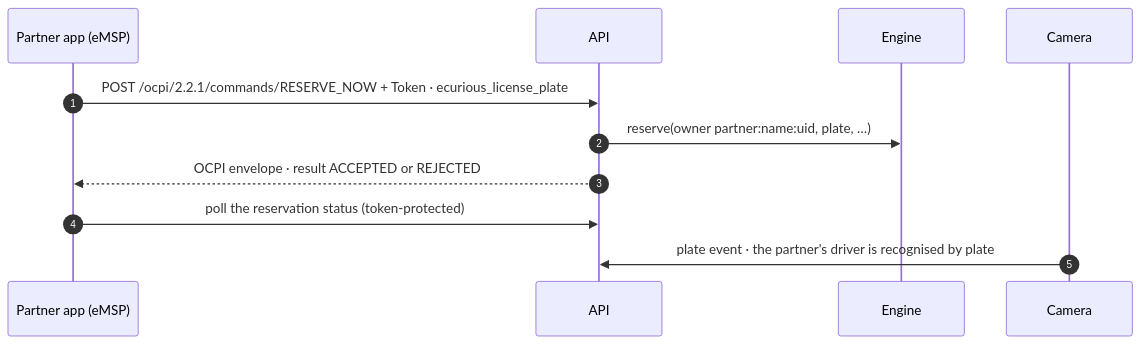
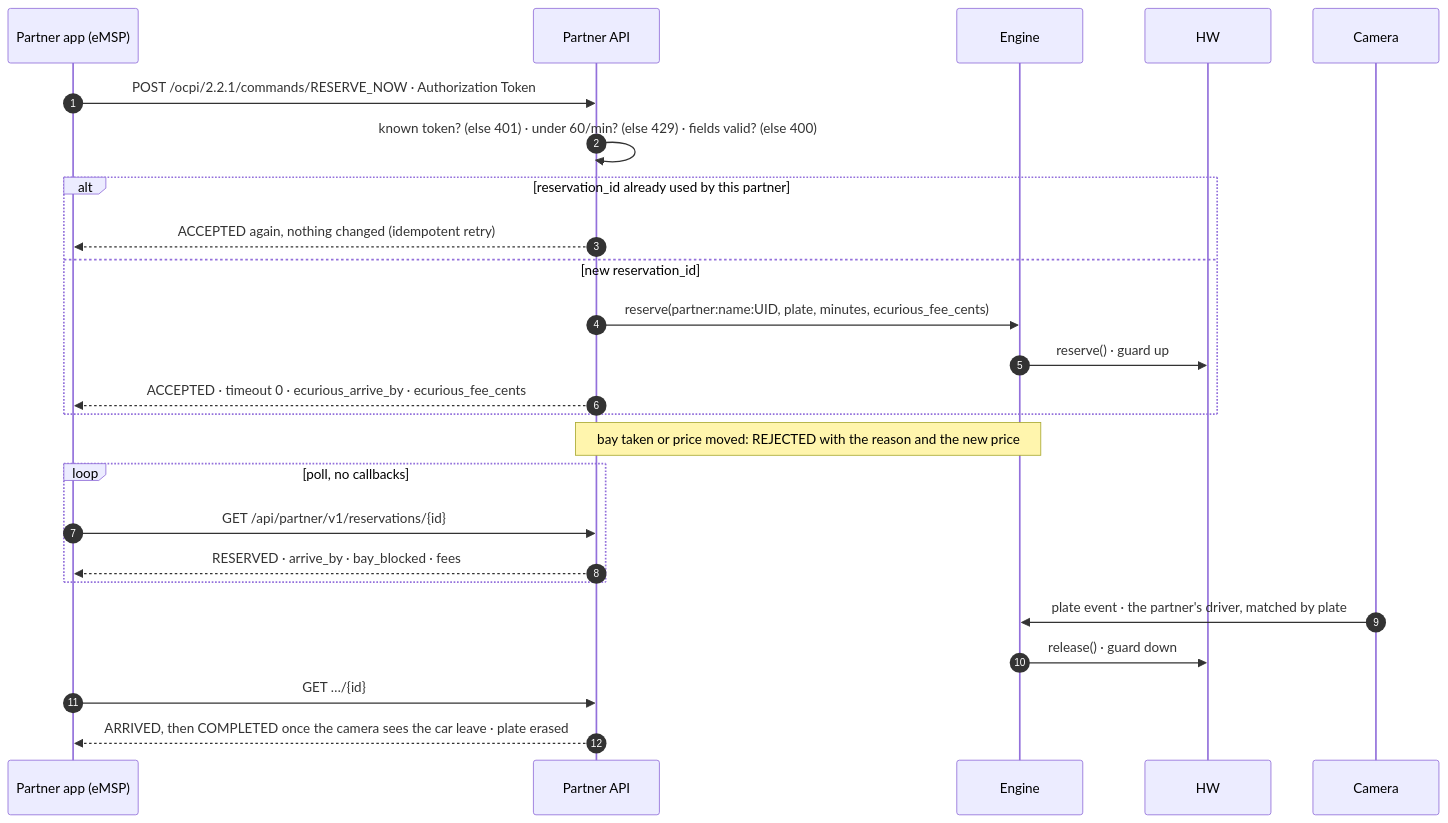
One commit to mohamedaminehamdi/BayWatch changed the eighth of 9 diagrams in docs/data-flows.md. Above: the diagram before and after it, drawn with Mermaid. The commit also changed other lines of this file and 80 other files, not shown here.

````diff
--- a/docs/data-flows.md
+++ b/docs/data-flows.md
@@ -165,13 +186,27 @@
 ```mermaid
 sequenceDiagram
   autonumber
   participant P as Partner app (eMSP)
-  participant API
+  participant PA as Partner API
   participant E as Engine
+  participant HW
   participant CAM as Camera
-  P->>API: POST /ocpi/2.2.1/commands/RESERVE_NOW + Token · ecurious_license_plate
-  API->>E: reserve(owner partner:name:uid, plate, …)
-  API-->>P: OCPI envelope · result ACCEPTED or REJECTED
-  P->>API: poll the reservation status (token-protected)
-  CAM->>API: plate event · the partner's driver is recognised by plate
+  P->>PA: POST /ocpi/2.2.1/commands/RESERVE_NOW · Authorization Token
+  PA->>PA: known token? (else 401) · under 60/min? (else 429) · fields valid? (else 400)
+  alt reservation_id already used by this partner
+    PA-->>P: ACCEPTED again, nothing changed (idempotent retry)
+  else new reservation_id
+    PA->>E: reserve(partner:name:UID, plate, minutes, ecurious_fee_cents)
+    E->>HW: reserve() · guard up
+    PA-->>P: ACCEPTED · timeout 0 · ecurious_arrive_by · ecurious_fee_cents
+  end
+  Note over PA,E: bay taken or price moved: REJECTED with the reason and the new price
+  loop poll, no callbacks
+    P->>PA: GET /api/partner/v1/reservations/{id}
+    PA-->>P: RESERVED · arrive_by · bay_blocked · fees
+  end
+  CAM->>E: plate event · the partner's driver, matched by plate
+  E->>HW: release() · guard down
+  P->>PA: GET …/{id}
+  PA-->>P: ARRIVED, then COMPLETED once the camera sees the car leave · plate erased
 ```
````
